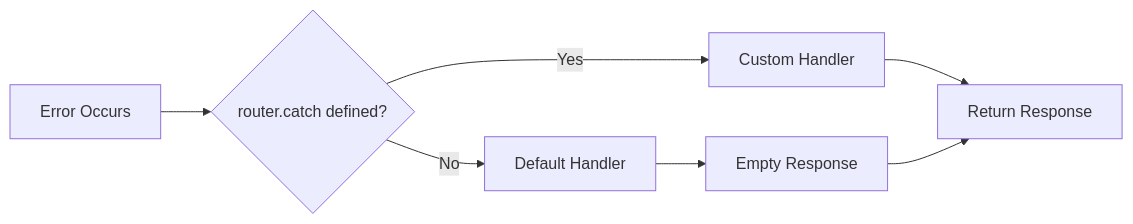
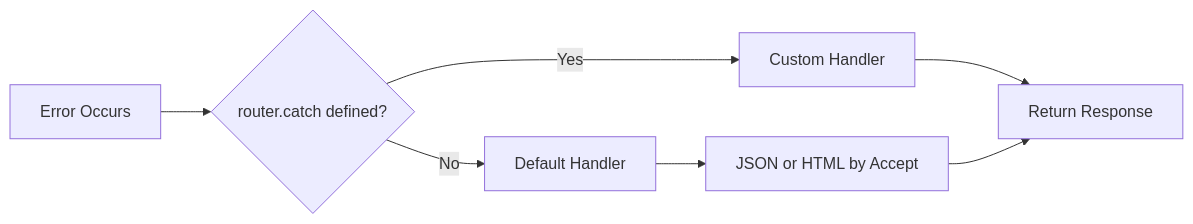
One commit to NeaByteLab/Deserve changed the diagram in docs/en/error-handling/default-behavior.md. Above: the diagram before and after it, drawn with Mermaid. The commit also changed other lines of this file and 59 other files, not shown here.

````diff
--- a/docs/en/error-handling/default-behavior.md
+++ b/docs/en/error-handling/default-behavior.md
@@ -5,9 +5,9 @@
 ```mermaid
 flowchart LR
     A[Error Occurs] --> B{router.catch defined?}
     B -->|No| C[Default Handler]
     B -->|Yes| D[Custom Handler]
-    C --> E[Empty Response]
+    C --> E[JSON or HTML by Accept]
     D --> F
     E --> F[Return Response]
 ```
````
